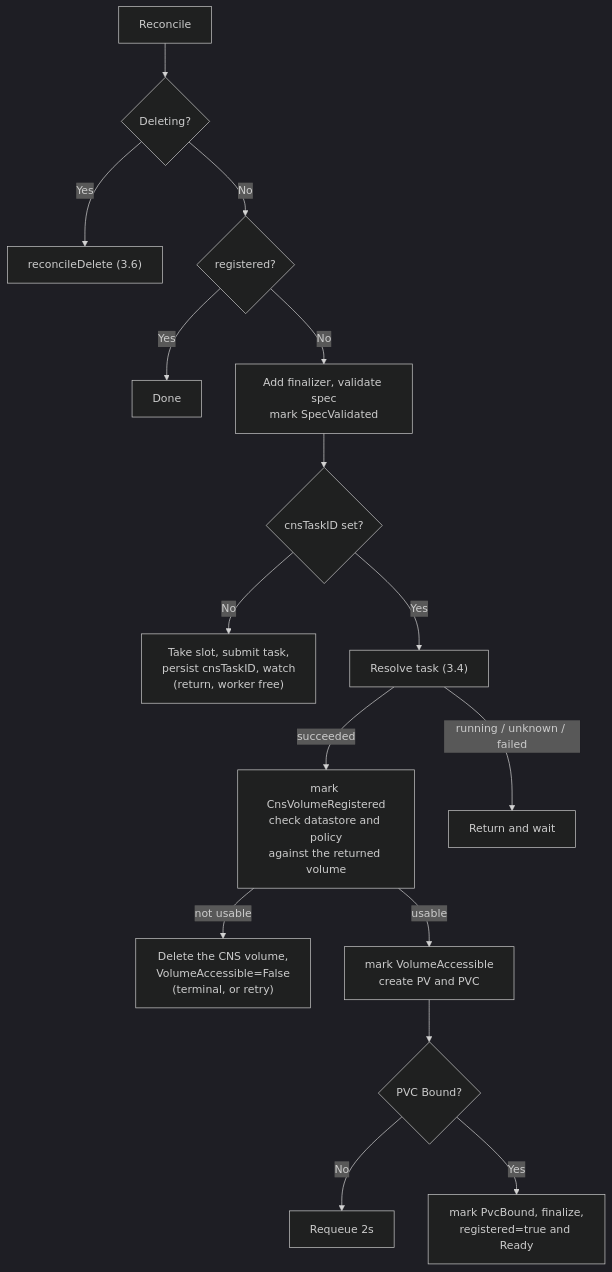
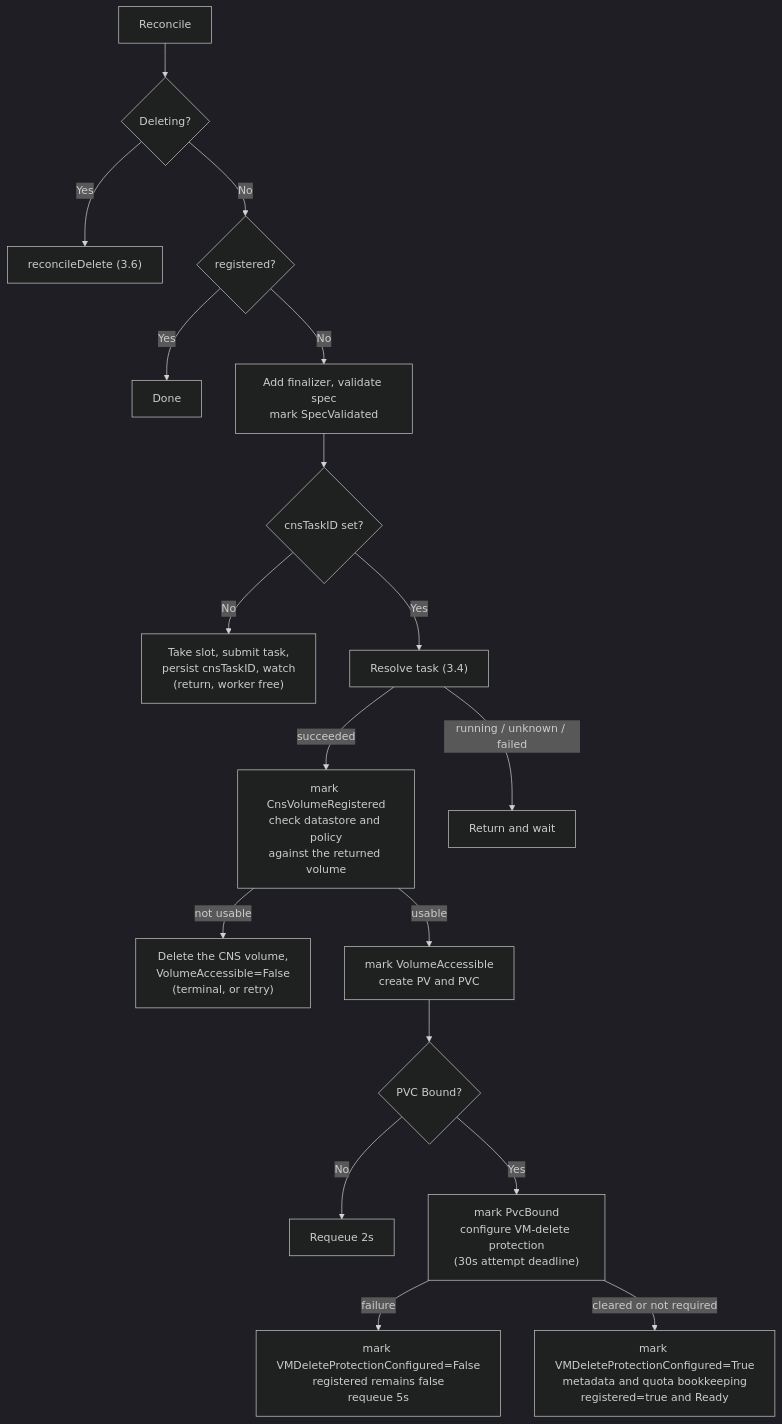
Before and after one commit to kubernetes-sigs/vsphere-csi-driver: the fourth of 7 diagrams in spec/UBMCNS-2482/design.md, drawn with Mermaid (dark theme). The commit also changed other lines of this file and 8 other files, not shown here.

````diff
--- a/spec/UBMCNS-2482/design.md
+++ b/spec/UBMCNS-2482/design.md
@@ -388,18 +398,20 @@
 ```mermaid
 flowchart TD
     A["Reconcile"] --> B{"Deleting?"}
     B -->|Yes| DEL["reconcileDelete (3.6)"]
     B -->|No| C{"registered?"}
     C -->|Yes| END0["Done"]
     C -->|No| V["Add finalizer, validate spec<br/>mark SpecValidated"]
     V --> S{"cnsTaskID set?"}
     S -->|No| SUB["Take slot, submit task,<br/>persist cnsTaskID, watch<br/>(return, worker free)"]
     S -->|Yes| POLL["Resolve task (3.4)"]
     POLL -->|succeeded| ACC["mark CnsVolumeRegistered<br/>check datastore and policy<br/>against the returned volume"]
     POLL -->|"running / unknown / failed"| WAIT["Return and wait"]
     ACC -->|not usable| CLEAN["Delete the CNS volume,<br/>VolumeAccessible=False<br/>(terminal, or retry)"]
     ACC -->|usable| K8S["mark VolumeAccessible<br/>create PV and PVC"]
     K8S --> BIND{"PVC Bound?"}
     BIND -->|No| R2["Requeue 2s"]
-    BIND -->|Yes| FIN["mark PvcBound, finalize,<br/>registered=true and Ready"]
+    BIND -->|Yes| PROTECT["mark PvcBound<br/>configure VM-delete protection<br/>(30s attempt deadline)"]
+    PROTECT -->|failure| R5["mark VMDeleteProtectionConfigured=False<br/>registered remains false<br/>requeue 5s"]
+    PROTECT -->|cleared or not required| FIN["mark VMDeleteProtectionConfigured=True<br/>metadata and quota bookkeeping<br/>registered=true and Ready"]
 ```
````
